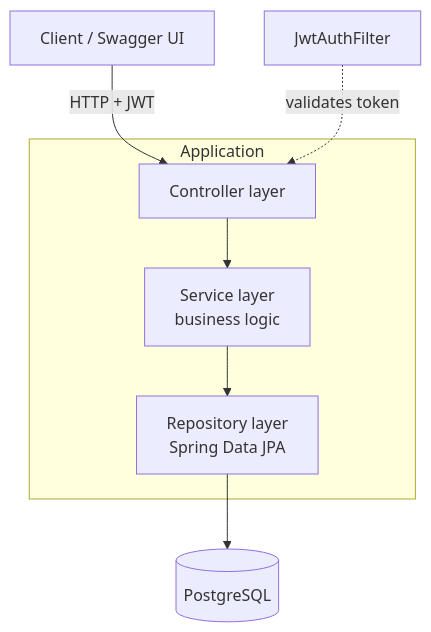
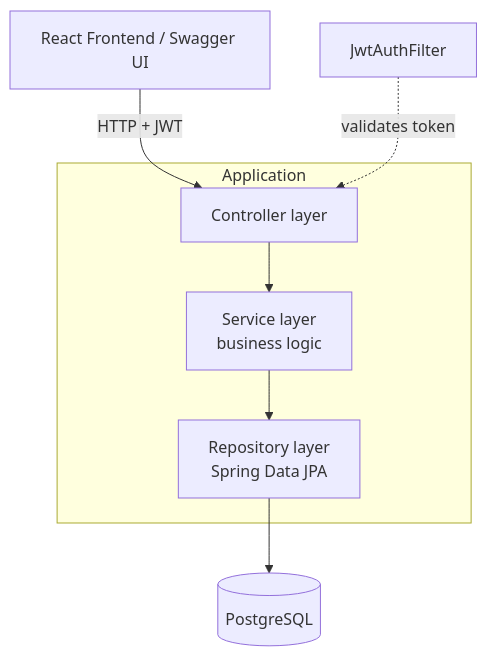
One commit to tai30052005/personal-finance-api changed the diagram in README.md. Above: the diagram before and after it, drawn with Mermaid. The commit also changed other lines of this file and 6 other files, not shown here.

````diff
--- a/README.md
+++ b/README.md
@@ -42,10 +44,10 @@
 ```mermaid
 flowchart TD
-    Client[Client / Swagger UI] -->|HTTP + JWT| Controller
+    Client[React Frontend / Swagger UI] -->|HTTP + JWT| Controller
     subgraph Application
         Controller[Controller layer] --> Service[Service layer<br/>business logic]
         Service --> Repository[Repository layer<br/>Spring Data JPA]
     end
     Repository --> DB[(PostgreSQL)]
     JwtFilter[JwtAuthFilter] -.validates token.-> Controller
 ```
````
